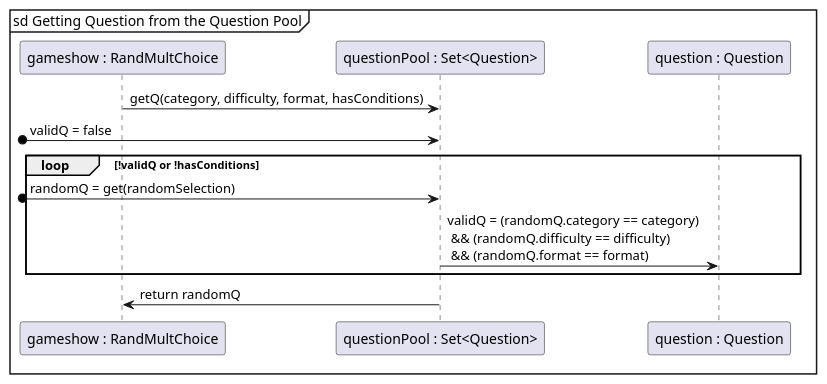
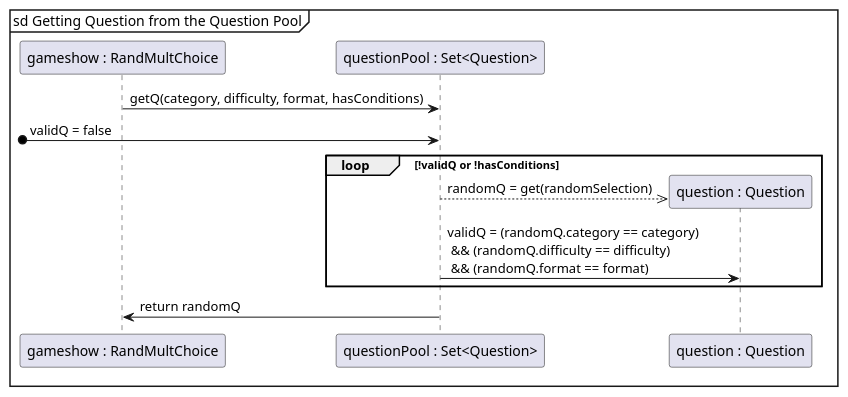
One commit to aczar09/Trivia-Game-Android changed the fourth of 4 diagrams in doc/design.md. Above: the diagram before and after it, drawn with PlantUML.

Commit message:
Edited new sequence diagrams describing question retrieval

````diff
--- a/doc/design.md
+++ b/doc/design.md
@@ -100,15 +100,15 @@
 ```plantuml
 @startuml
 mainframe sd Getting Question from the Question Pool
 participant "gameshow : RandMultChoice" as rmc
 participant "questionPool : Set<Question>" as qp
 participant "question : Question" as q
 rmc -> qp: getQ(category, difficulty, format, hasConditions)
 [o-> qp: validQ = false
 loop !validQ or !hasConditions
-[o-> qp: randomQ = get(randomSelection)
+qp -->> q **: randomQ = get(randomSelection)
 qp-> q: validQ = (randomQ.category == category) \n && (randomQ.difficulty == difficulty) \n && (randomQ.format == format)
 end
 qp -> rmc: return randomQ 
 @enduml
 ```
````
